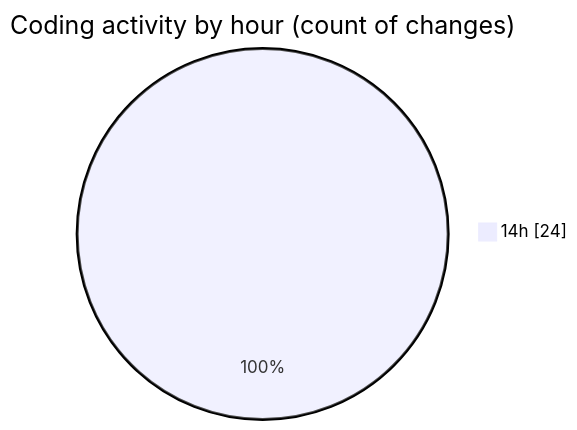
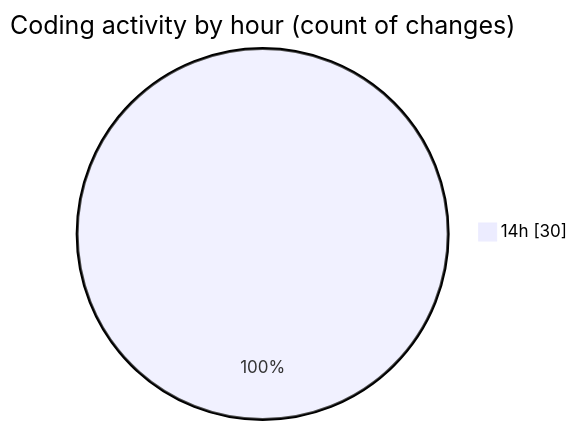
Before and after one commit to NitaiMahat/code-tracking: the second of 2 diagrams in 2025-02-07/recipe-page-main/README.md, drawn with Mermaid. The commit also changed other lines of this file and 1 other file, not shown here.

````diff
--- a/2025-02-07/recipe-page-main/README.md
+++ b/2025-02-07/recipe-page-main/README.md
@@ -30,5 +30,5 @@
 ```mermaid
 pie showData
 title Coding activity by hour (count of changes)
-"14h" : 24
+"14h" : 30
 ```
````
